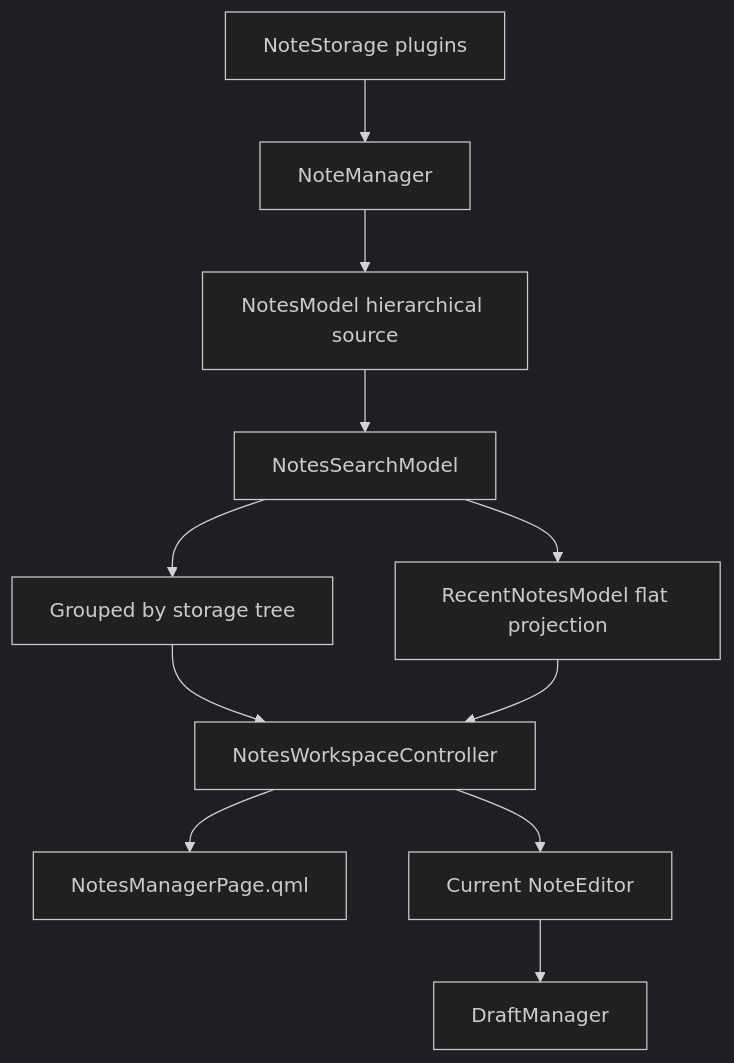
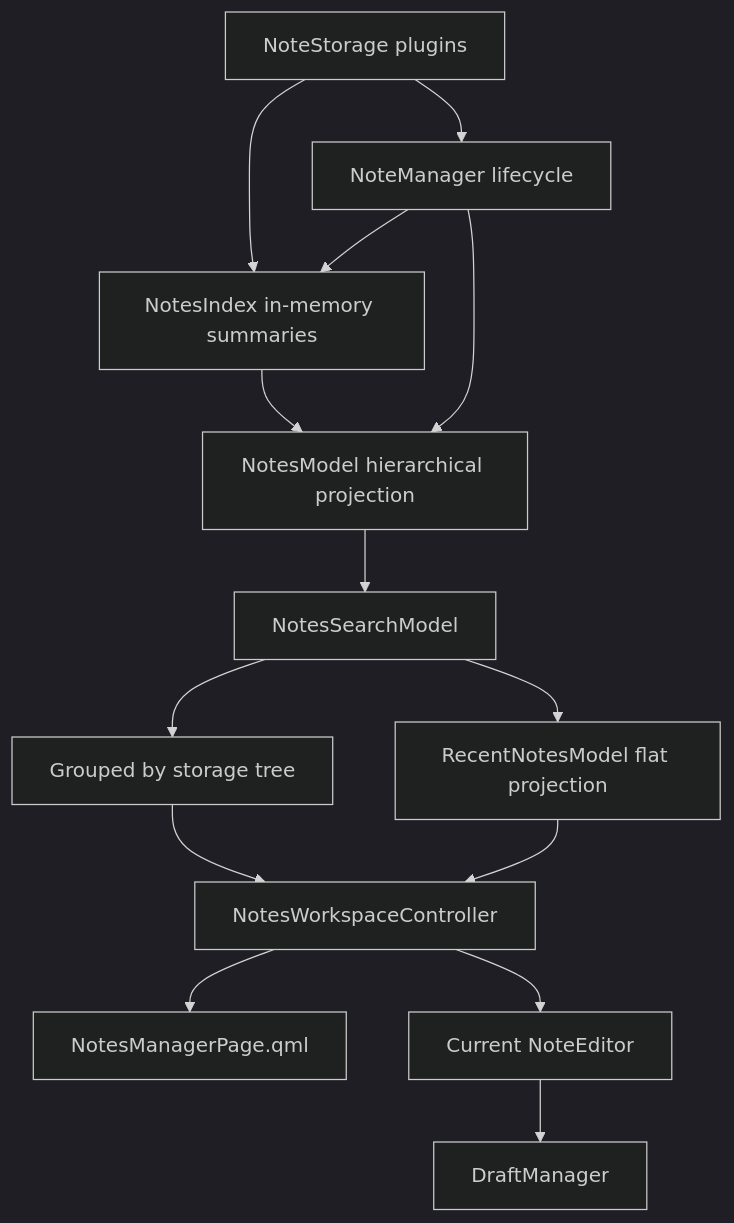
Before and after one commit to Ri0n/AnyKeep: the diagram in docs/notes-manager-architecture.md, drawn with Mermaid (dark theme). The commit also changed other lines of this file and 31 other files, not shown here.

````diff
--- a/docs/notes-manager-architecture.md
+++ b/docs/notes-manager-architecture.md
@@ -12,13 +12,16 @@
 ```mermaid
 flowchart TD
-    NS[NoteStorage plugins] --> NM[NoteManager]
-    NM --> MODEL[NotesModel hierarchical source]
+    NS[NoteStorage plugins] --> NM[NoteManager lifecycle]
+    NS --> INDEX[NotesIndex in-memory summaries]
+    NM --> INDEX
+    INDEX --> MODEL[NotesModel hierarchical projection]
+    NM --> MODEL
     MODEL --> SEARCH[NotesSearchModel]
     SEARCH --> GROUPED[Grouped by storage tree]
     SEARCH --> RECENT[RecentNotesModel flat projection]
     GROUPED --> WC[NotesWorkspaceController]
     RECENT --> WC
     WC --> PAGE[NotesManagerPage.qml]
     WC --> EDITOR[Current NoteEditor]
     EDITOR --> DRAFTS[DraftManager]
 ```
````
